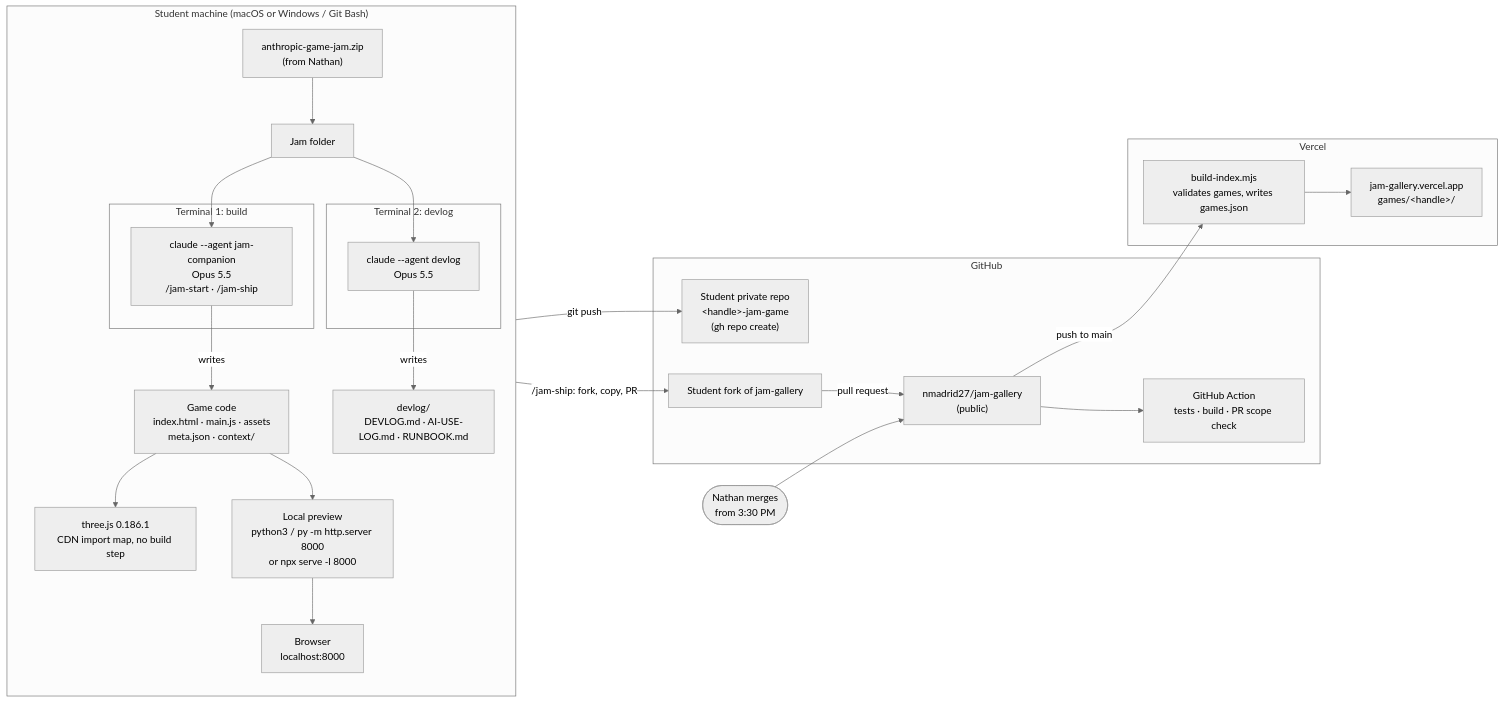
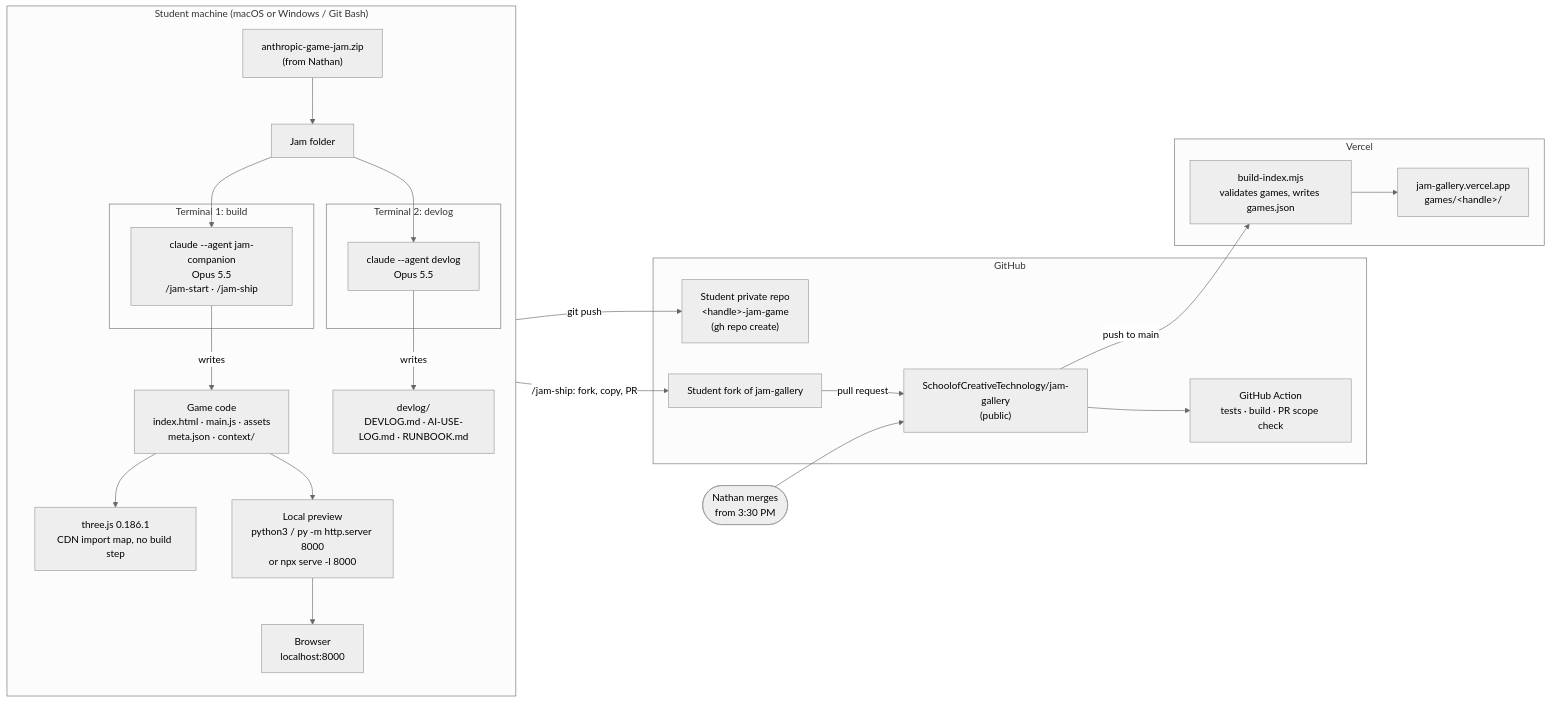
The diagram in STACK.md (SchoolofCreativeTechnology/anthropic-game-jam), drawn with Mermaid (neutral theme) before and after one commit. The commit also changed 3 other files, not shown here.

Commit message:
fix: point the gallery at SchoolofCreativeTechnology/jam-gallery

````diff
--- a/STACK.md
+++ b/STACK.md
@@ -5,39 +5,39 @@
 ```mermaid
 flowchart LR
   subgraph Student["Student machine (macOS or Windows / Git Bash)"]
     direction TB
     Zip["anthropic-game-jam.zip<br/>(from Nathan)"] --> Folder["Jam folder"]
     subgraph T1["Terminal 1: build"]
       Companion["claude --agent jam-companion<br/>Opus 5.5<br/>/jam-start · /jam-ship"]
     end
     subgraph T2["Terminal 2: devlog"]
       Devlog["claude --agent devlog<br/>Opus 5.5"]
     end
     Folder --> Companion
     Folder --> Devlog
     Companion -- writes --> Game["Game code<br/>index.html · main.js · assets<br/>meta.json · context/"]
     Devlog -- writes --> Log["devlog/<br/>DEVLOG.md · AI-USE-LOG.md · RUNBOOK.md"]
     Game --> Three["three.js 0.186.1<br/>CDN import map, no build step"]
     Game --> Serve["Local preview<br/>python3 / py -m http.server 8000<br/>or npx serve -l 8000"]
     Serve --> Browser["Browser<br/>localhost:8000"]
   end
 
   subgraph GH["GitHub"]
     Private["Student private repo<br/>&lt;handle&gt;-jam-game<br/>(gh repo create)"]
     Fork["Student fork of jam-gallery"]
-    Gallery["nmadrid27/jam-gallery<br/>(public)"]
+    Gallery["SchoolofCreativeTechnology/jam-gallery<br/>(public)"]
     CI["GitHub Action<br/>tests · build · PR scope check"]
   end
 
   subgraph Vercel["Vercel"]
     Build["build-index.mjs<br/>validates games, writes games.json"]
     Site["jam-gallery.vercel.app<br/>games/&lt;handle&gt;/"]
   end
 
   Companion -- git push --> Private
   Companion -- "/jam-ship: fork, copy, PR" --> Fork
   Fork -- pull request --> Gallery
   Gallery --> CI
   Nathan(["Nathan merges<br/>from 3:30 PM"]) --> Gallery
   Gallery -- push to main --> Build --> Site
 ```
````
